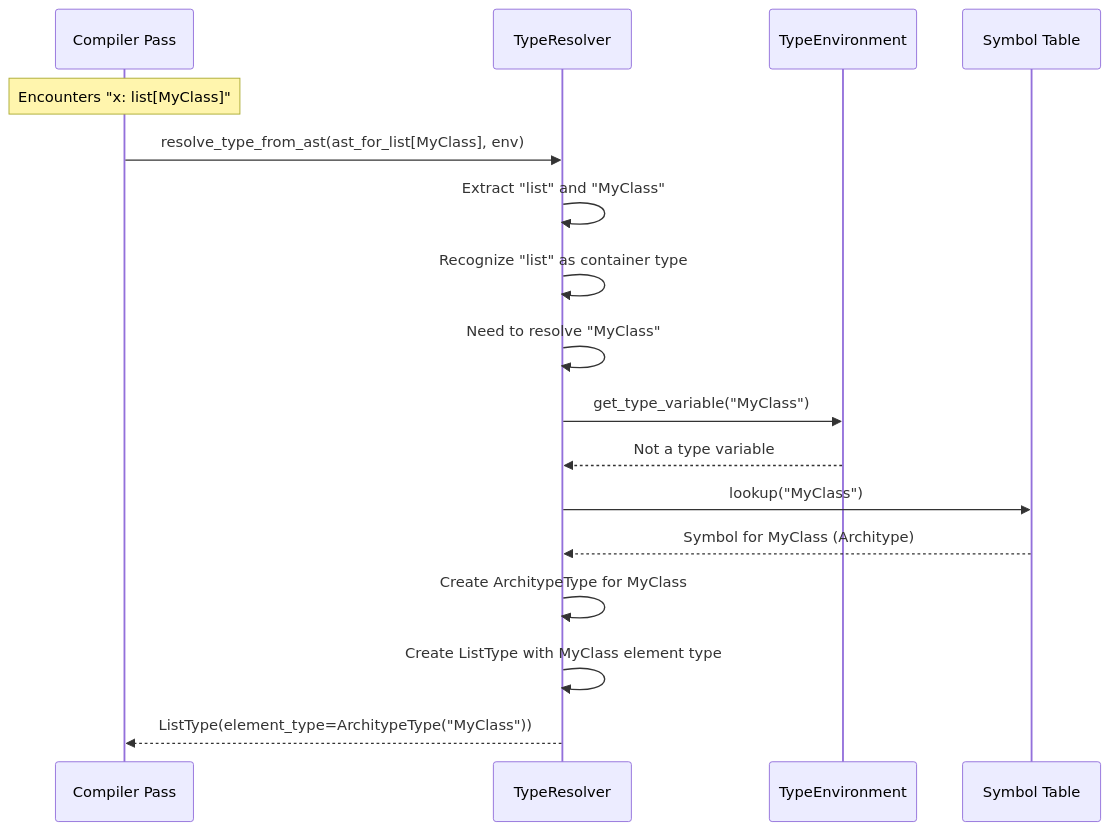
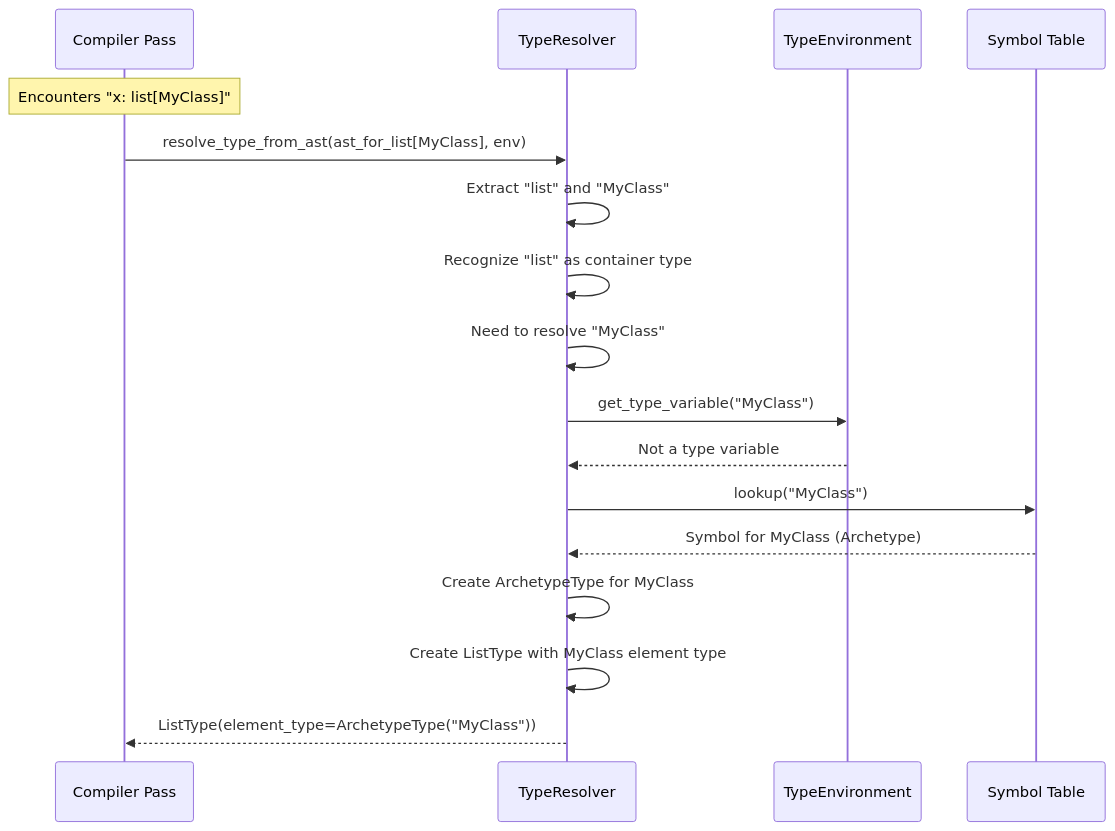
The fifth of 5 diagrams in docs/docs/internals/planning_specs/native_type_system/type_resolution.md (Jaseci-Labs/jaseci), drawn with Mermaid before and after one commit. The commit also changed other lines of this file and 85 other files, not shown here.

````diff
--- a/docs/docs/internals/planning_specs/native_type_system/type_resolution.md
+++ b/docs/docs/internals/planning_specs/native_type_system/type_resolution.md
@@ -225,20 +225,20 @@
 ```mermaid
 sequenceDiagram
     participant Compiler as Compiler Pass
     participant Resolver as TypeResolver
     participant Env as TypeEnvironment
     participant SymTab as Symbol Table
 
     Note over Compiler: Encounters "x: list[MyClass]"
     Compiler->>Resolver: resolve_type_from_ast(ast_for_list[MyClass], env)
     Resolver->>Resolver: Extract "list" and "MyClass"
     Resolver->>Resolver: Recognize "list" as container type
     Resolver->>Resolver: Need to resolve "MyClass"
     Resolver->>Env: get_type_variable("MyClass")
     Env-->>Resolver: Not a type variable
     Resolver->>SymTab: lookup("MyClass")
-    SymTab-->>Resolver: Symbol for MyClass (Architype)
-    Resolver->>Resolver: Create ArchitypeType for MyClass
+    SymTab-->>Resolver: Symbol for MyClass (Archetype)
+    Resolver->>Resolver: Create ArchetypeType for MyClass
     Resolver->>Resolver: Create ListType with MyClass element type
-    Resolver-->>Compiler: ListType(element_type=ArchitypeType("MyClass"))
+    Resolver-->>Compiler: ListType(element_type=ArchetypeType("MyClass"))
 ```
````
